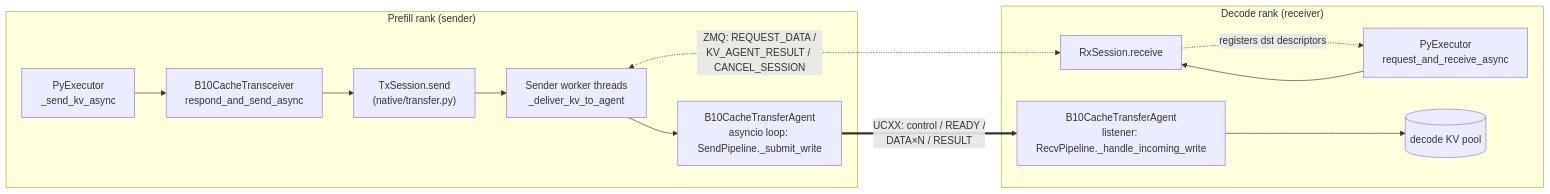
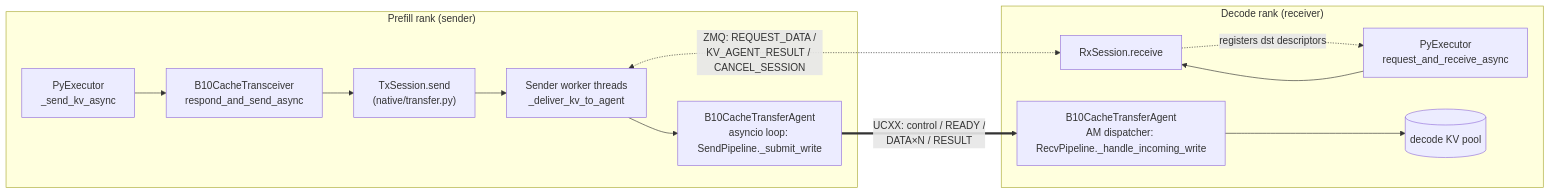
The first of 3 diagrams in tensorrt_llm/_torch/disaggregation/b10/DESIGN.md (michaelfeil/TensorRT-LLM), drawn with Mermaid before and after one commit. The commit also changed other lines of this file, not shown here.

````diff
--- a/tensorrt_llm/_torch/disaggregation/b10/DESIGN.md
+++ b/tensorrt_llm/_torch/disaggregation/b10/DESIGN.md
@@ -104,16 +107,16 @@
 ```mermaid
 flowchart LR
     subgraph prefill["Prefill rank (sender)"]
         PE["PyExecutor<br/>_send_kv_async"] --> BT["B10CacheTransceiver<br/>respond_and_send_async"]
         BT --> TX["TxSession.send<br/>(native/transfer.py)"]
         TX --> SW["Sender worker threads<br/>_deliver_kv_to_agent"]
         SW --> SA["B10CacheTransferAgent<br/>asyncio loop: SendPipeline._submit_write"]
     end
     subgraph decode["Decode rank (receiver)"]
         GE["PyExecutor<br/>request_and_receive_async"] --> RX["RxSession.receive"]
-        RA["B10CacheTransferAgent<br/>listener: RecvPipeline._handle_incoming_write"] --> KV[("decode KV pool")]
+        RA["B10CacheTransferAgent<br/>AM dispatcher: RecvPipeline._handle_incoming_write"] --> KV[("decode KV pool")]
         RX -. "registers dst descriptors" .-> GE
     end
     SW <-. "ZMQ: REQUEST_DATA /<br/>KV_AGENT_RESULT / CANCEL_SESSION" .-> RX
     SA == "UCXX: control / READY /<br/>DATA×N / RESULT" ==> RA
 ```
````
